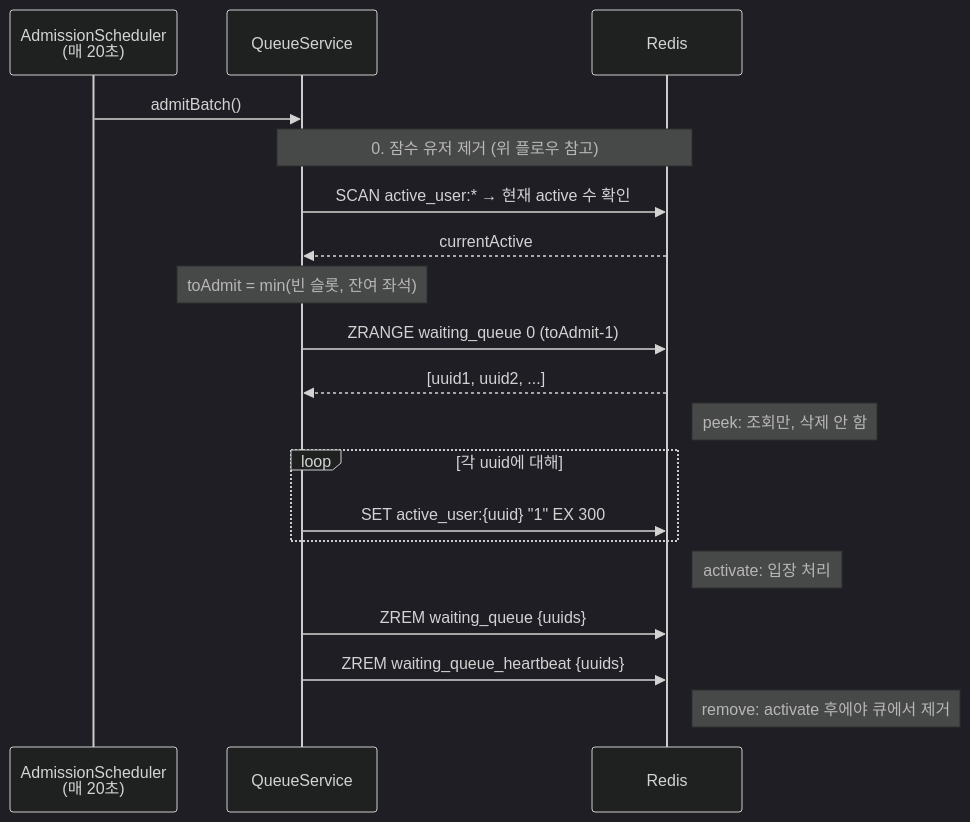
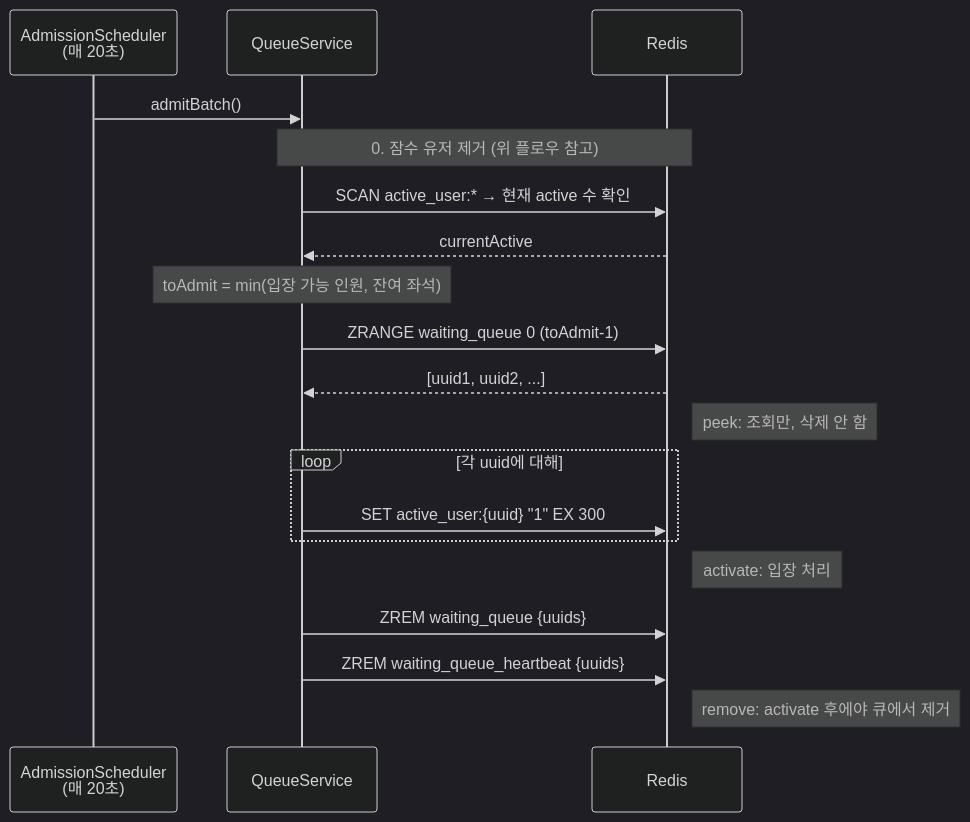
One commit to irnd04/zticket changed the fourth of 7 diagrams in README.md. Above: the diagram before and after it, drawn with Mermaid (dark theme). The commit also changed other lines of this file, not shown here.

Commit message:
docs: README '빈 슬롯' → '입장 가능 인원'으로 용어 개선

````diff
--- a/README.md
+++ b/README.md
@@ -128,28 +128,28 @@
 ```mermaid
 sequenceDiagram
     participant S as AdmissionScheduler<br/>(매 20초)
     participant Q as QueueService
     participant R as Redis
 
     S->>Q: admitBatch()
 
     Note over Q,R: 0. 잠수 유저 제거 (위 플로우 참고)
 
     Q->>R: SCAN active_user:* → 현재 active 수 확인
     R-->>Q: currentActive
 
-    Note over Q: toAdmit = min(빈 슬롯, 잔여 좌석)
+    Note over Q: toAdmit = min(입장 가능 인원, 잔여 좌석)
 
     Q->>R: ZRANGE waiting_queue 0 (toAdmit-1)
     R-->>Q: [uuid1, uuid2, ...]
     Note right of R: peek: 조회만, 삭제 안 함
 
     loop 각 uuid에 대해
         Q->>R: SET active_user:{uuid} "1" EX 300
     end
     Note right of R: activate: 입장 처리
 
     Q->>R: ZREM waiting_queue {uuids}
     Q->>R: ZREM waiting_queue_heartbeat {uuids}
     Note right of R: remove: activate 후에야 큐에서 제거
 ```
````
